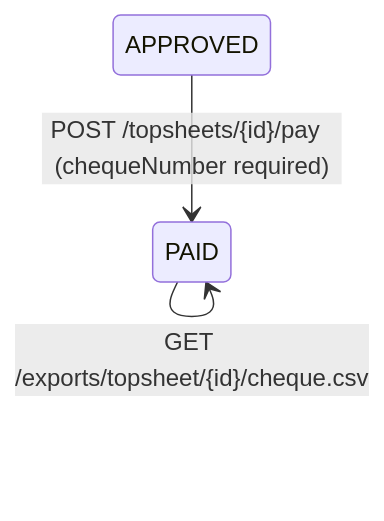
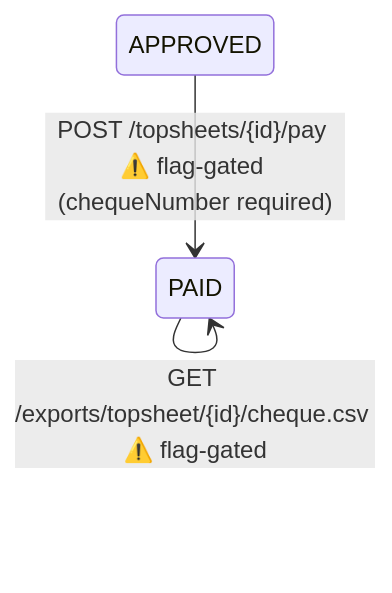
The diagram in apicontracts/CHEQUE_PAYMENT_API_CONTRACT.md (mikegarcia8748/ibms-backend), drawn with Mermaid before and after one commit. The commit also changed other lines of this file and 29 other files, not shown here.

````diff
--- a/apicontracts/CHEQUE_PAYMENT_API_CONTRACT.md
+++ b/apicontracts/CHEQUE_PAYMENT_API_CONTRACT.md
@@ -25,6 +38,6 @@
 ```mermaid
 stateDiagram-v2
-    APPROVED --> PAID: POST /topsheets/{id}/pay  (chequeNumber required)
-    PAID --> PAID: GET /exports/topsheet/{id}/cheque.pdf
-    PAID --> PAID: GET /exports/topsheet/{id}/cheque.csv
+    APPROVED --> PAID: POST /topsheets/{id}/pay ⚠️ flag-gated (chequeNumber required)
+    PAID --> PAID: GET /exports/topsheet/{id}/cheque.pdf ⚠️ flag-gated
+    PAID --> PAID: GET /exports/topsheet/{id}/cheque.csv ⚠️ flag-gated
 ```
````
